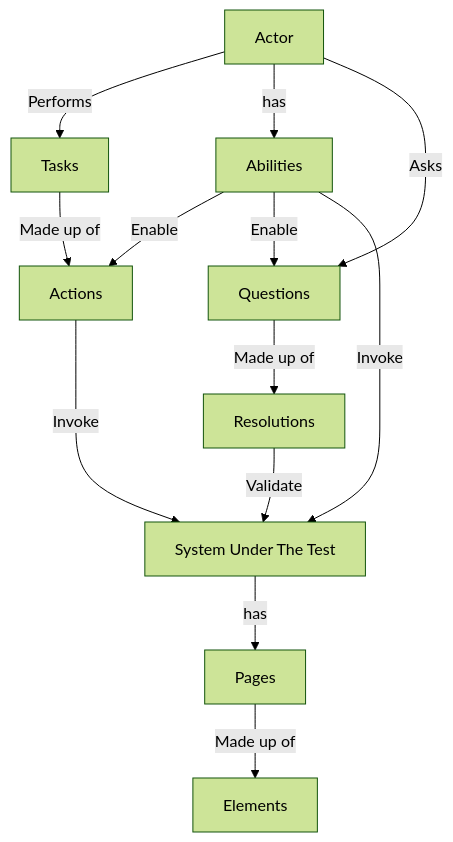
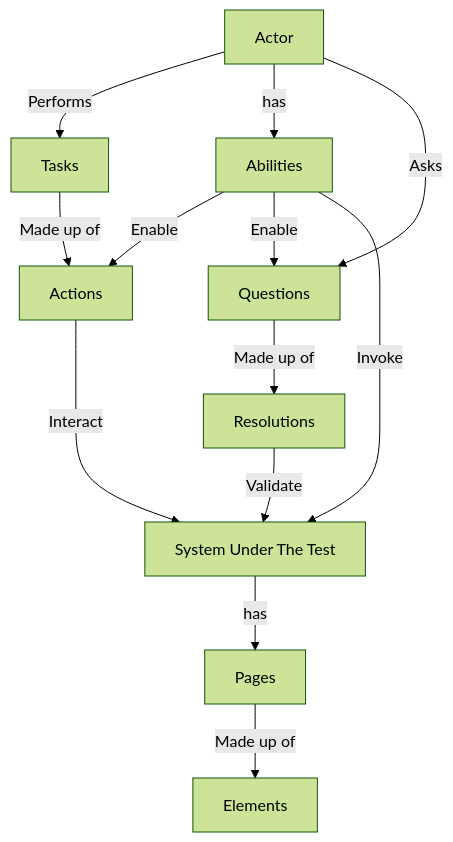
One commit to AlirezaSoltaniJazi/python-playwright-pytest-screenplay changed the diagram in screenplay_pattern.md. Above: the diagram before and after it, drawn with Mermaid (forest theme).

Commit message:
Update diagram

````diff
--- a/screenplay_pattern.md
+++ b/screenplay_pattern.md
@@ -13,15 +13,15 @@
 ```mermaid
 flowchart TD
     A[Actor] -- Performs --> D
     A[Actor] -- has --> B
     A[Actor] -- Asks --> E
     B[Abilities] -- Enable --> C & E
     B[Abilities] -- Invoke --> G
-    C[Actions] -- Invoke --> G
+    C[Actions] -- Interact --> G
     D[Tasks] -- Made up of --> C
     E[Questions] -- Made up of --> F
     F[Resolutions] -- Validate --> G
     G[System Under The Test] -- has --> H
     H[Pages] -- Made up of --> I
     I[Elements]
 ```
````
